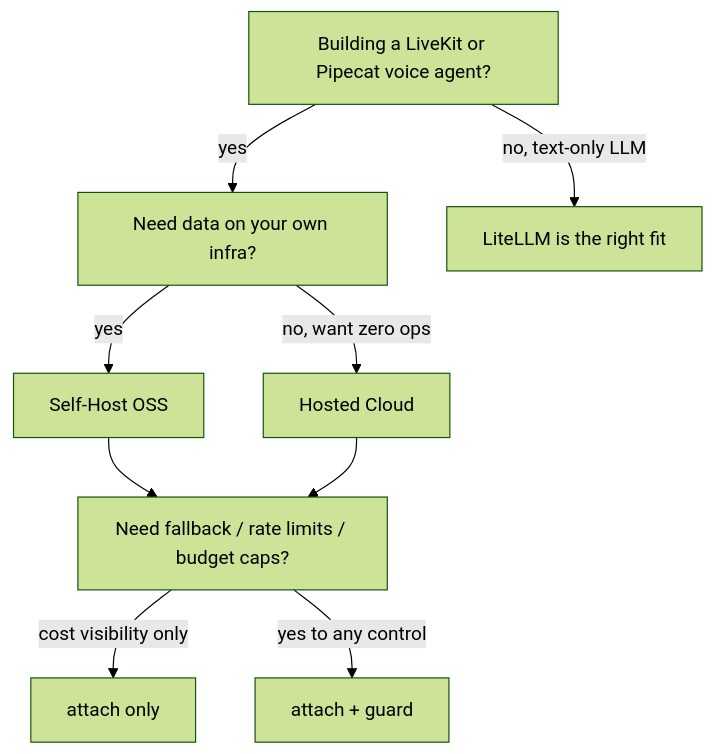
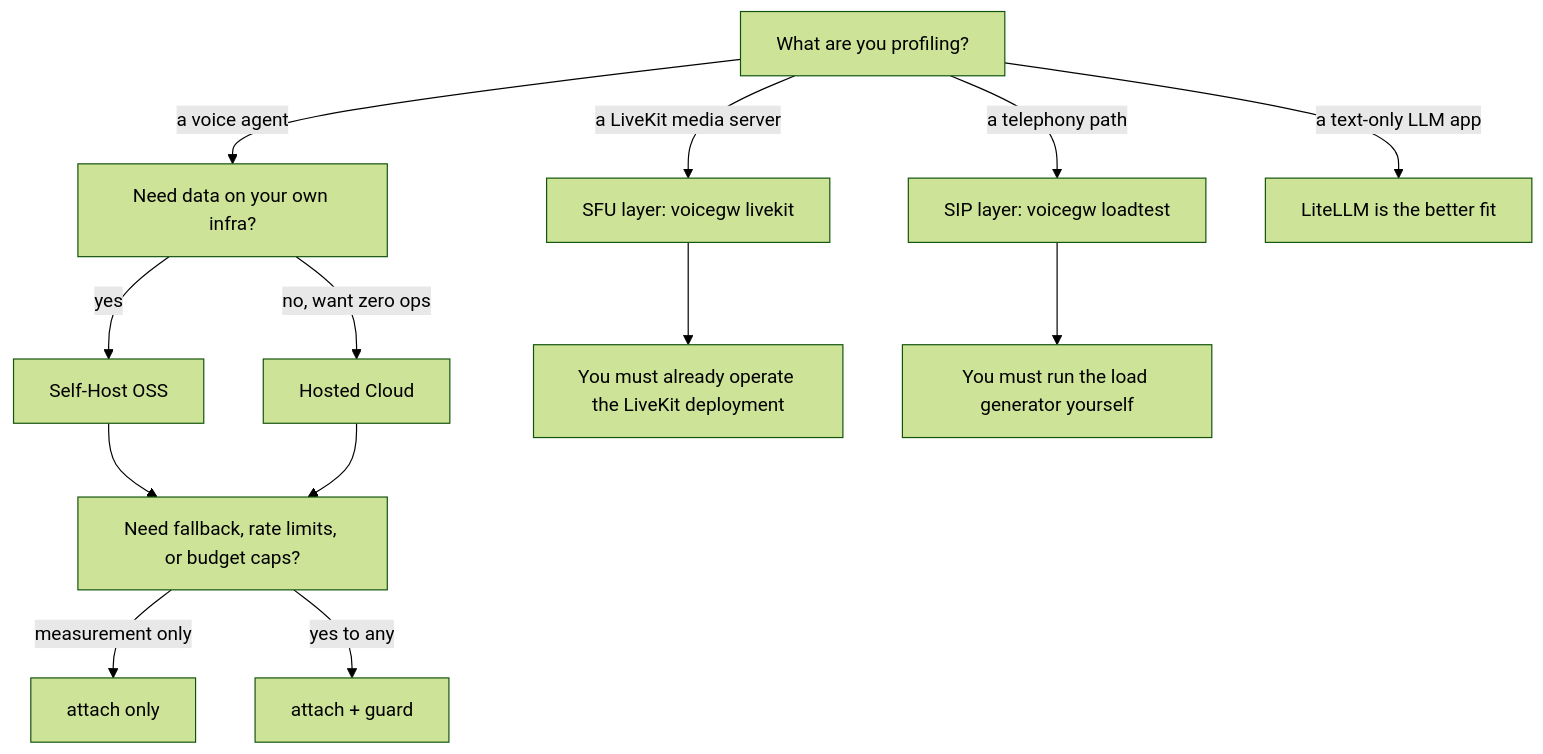
The diagram in docs/guide/decision-tree.md (mahimailabs/voicegateway), drawn with Mermaid (forest theme) before and after one commit. The commit also changed other lines of this file and 14 other files, not shown here.

````diff
--- a/docs/guide/decision-tree.md
+++ b/docs/guide/decision-tree.md
@@ -65,11 +74,15 @@
 ```mermaid
 flowchart TD
-    A[Building a LiveKit or Pipecat voice agent?] -->|yes| B[Need data on your own infra?]
-    A -->|no, text-only LLM| Z1[LiteLLM is the right fit]
+    A[What are you profiling?] -->|a voice agent| B[Need data on your own infra?]
+    A -->|a LiveKit media server| S[SFU layer: voicegw livekit]
+    A -->|a telephony path| P[SIP layer: voicegw loadtest]
+    A -->|a text-only LLM app| Z[LiteLLM is the better fit]
     B -->|yes| C[Self-Host OSS]
     B -->|no, want zero ops| D[Hosted Cloud]
-    C --> E[Need fallback / rate limits / budget caps?]
+    C --> E[Need fallback, rate limits, or budget caps?]
     D --> E
-    E -->|cost visibility only| F[attach only]
-    E -->|yes to any control| G[attach + guard]
+    E -->|measurement only| F[attach only]
+    E -->|yes to any| G[attach + guard]
+    S --> H[You must already operate the LiveKit deployment]
+    P --> I[You must run the load generator yourself]
 ```
````
